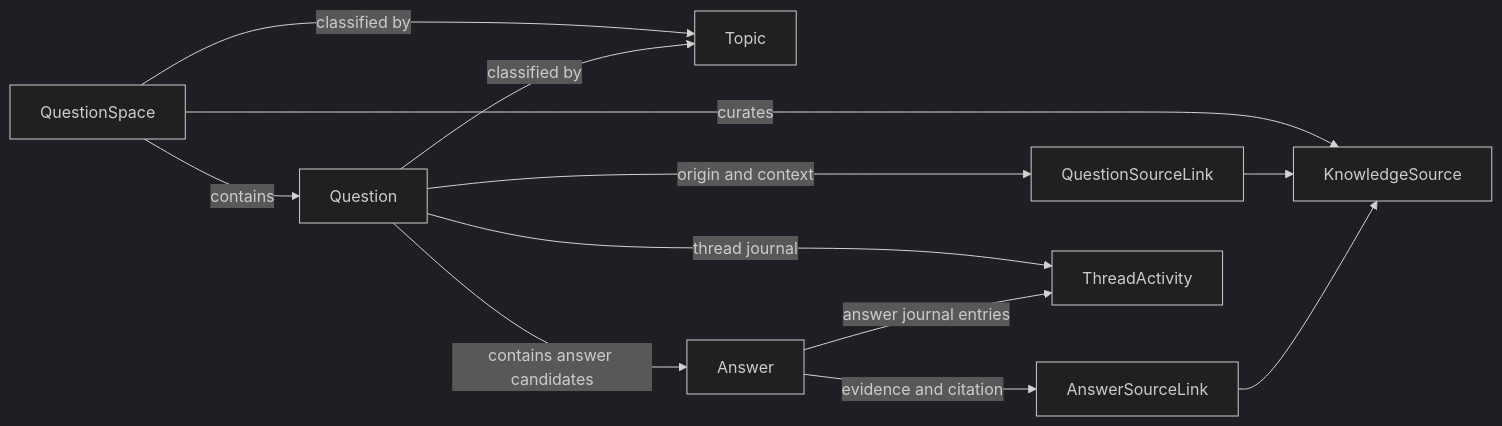
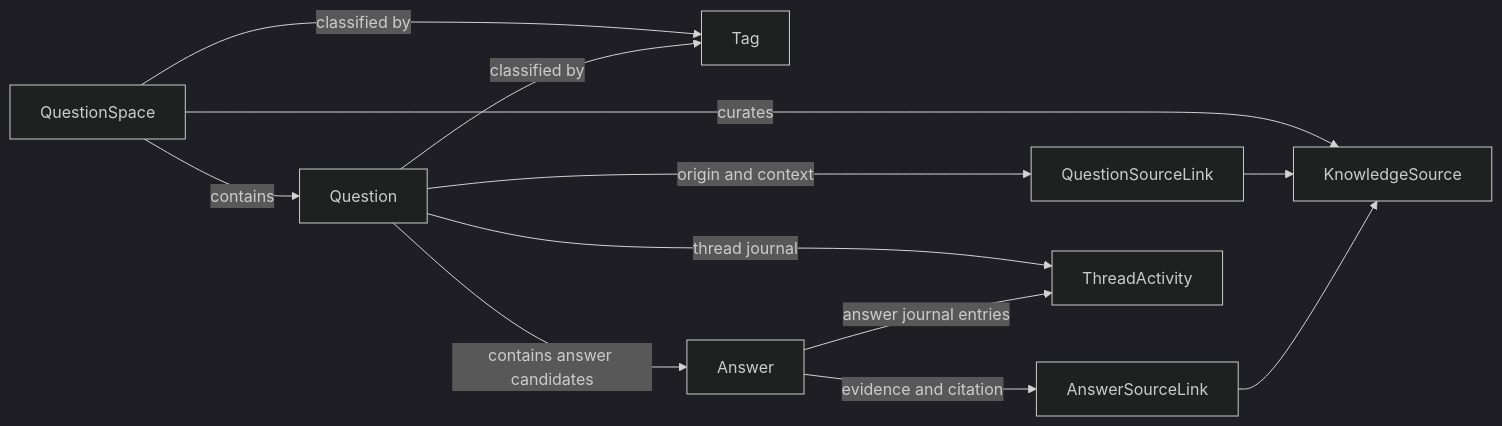
One commit to marcosrioj/querify changed the diagram in dotnet/BaseFaq.Sample.Features.NewQaModel/Flows/README.md. Above: the diagram before and after it, drawn with Mermaid (dark theme). The commit also changed other lines of this file and 145 other files, not shown here.

````diff
--- a/dotnet/BaseFaq.Sample.Features.NewQaModel/Flows/README.md
+++ b/dotnet/BaseFaq.Sample.Features.NewQaModel/Flows/README.md
@@ -13,23 +13,23 @@
 ```mermaid
 flowchart LR
     Space[QuestionSpace]
-    Topic[Topic]
+    Tag[Tag]
     Question[Question]
     Answer[Answer]
     Source[KnowledgeSource]
     QLink[QuestionSourceLink]
     ALink[AnswerSourceLink]
     Activity[ThreadActivity]
 
     Space -->|contains| Question
-    Space -->|classified by| Topic
+    Space -->|classified by| Tag
     Space -->|curates| Source
-    Question -->|classified by| Topic
+    Question -->|classified by| Tag
     Question -->|contains answer candidates| Answer
     Question -->|origin and context| QLink
     QLink --> Source
     Answer -->|evidence and citation| ALink
     ALink --> Source
     Question -->|thread journal| Activity
     Answer -->|answer journal entries| Activity
 ```
````
